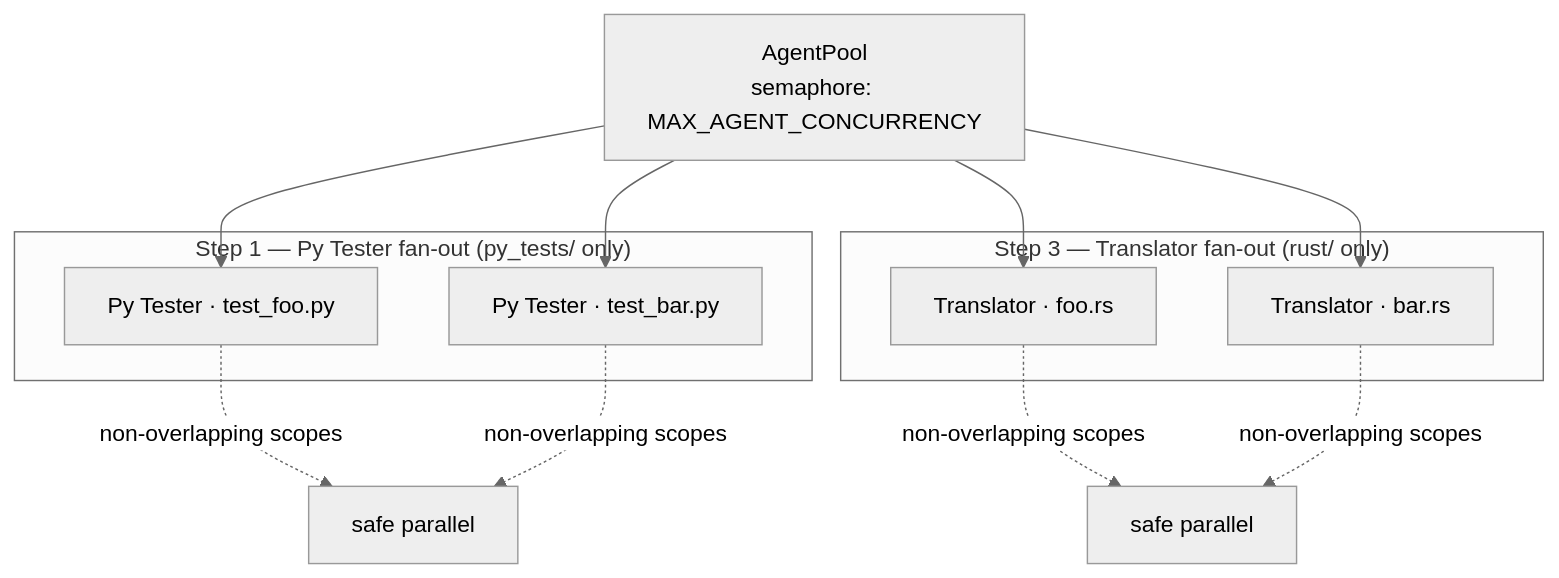
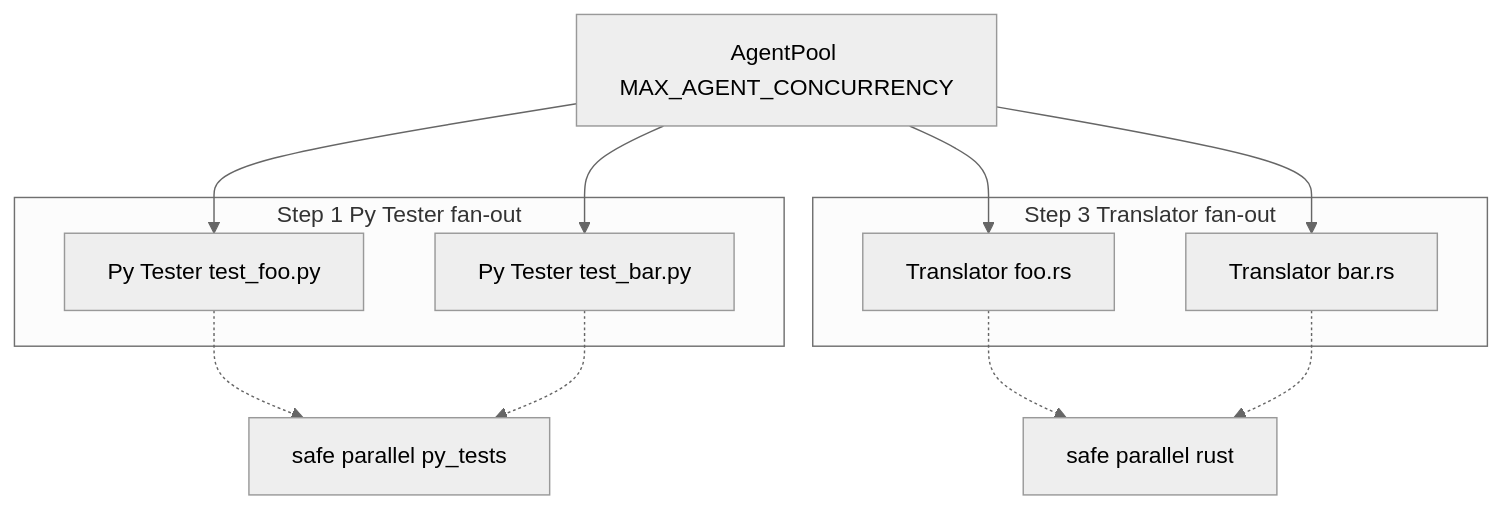
The sixth of 11 diagrams in README.md (Haaparanta/AaltoAI-Ai-For-Good), drawn with Mermaid (neutral theme) before and after one commit. The commit also changed other lines of this file and 4 other files, not shown here.

````diff
--- a/README.md
+++ b/README.md
@@ -172,15 +167,20 @@
 ```mermaid
 flowchart TB
-    Pool[AgentPool\nsemaphore: MAX_AGENT_CONCURRENCY]
-    subgraph s1["Step 1 — Py Tester fan-out (py_tests/ only)"]
-        PT1[Py Tester · test_foo.py]
-        PT2[Py Tester · test_bar.py]
+    Pool["AgentPool MAX_AGENT_CONCURRENCY"]
+    subgraph s1["Step 1 Py Tester fan-out"]
+        PT1["Py Tester test_foo.py"]
+        PT2["Py Tester test_bar.py"]
     end
-    subgraph s3["Step 3 — Translator fan-out (rust/ only)"]
-        T1[Translator · foo.rs]
-        T2[Translator · bar.rs]
+    subgraph s3["Step 3 Translator fan-out"]
+        T1["Translator foo.rs"]
+        T2["Translator bar.rs"]
     end
-    Pool --> PT1 & PT2 & T1 & T2
-    PT1 & PT2 -.->|non-overlapping scopes| OK1[safe parallel]
-    T1 & T2 -.->|non-overlapping scopes| OK2[safe parallel]
+    Pool --> PT1
+    Pool --> PT2
+    Pool --> T1
+    Pool --> T2
+    PT1 -.-> OK1[safe parallel py_tests]
+    PT2 -.-> OK1
+    T1 -.-> OK2[safe parallel rust]
+    T2 -.-> OK2
 ```
````
